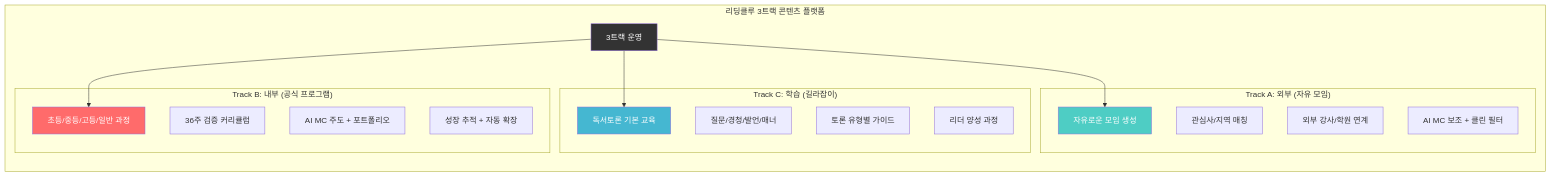
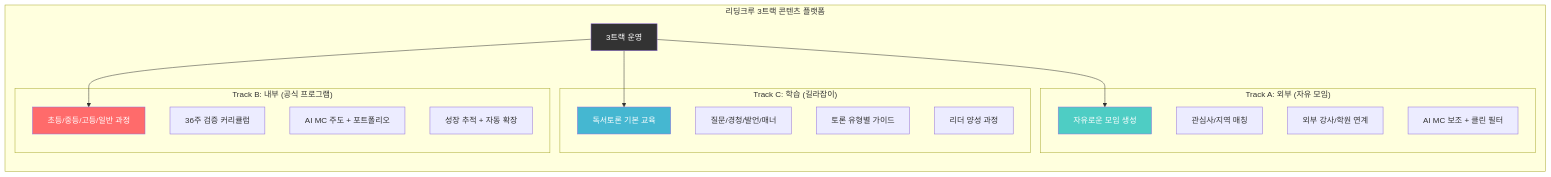
Diagram 35 of 36 in 아이디어/5단계-리딩클루_콘텐츠중심_설계.md (Collegenie-X/ReadingClueProject), drawn with Mermaid before and after one commit. The commit also changed other lines of this file and 9 other files, not shown here.

````diff
--- a/아이디어/5단계-리딩클루_콘텐츠중심_설계.md
+++ b/아이디어/5단계-리딩클루_콘텐츠중심_설계.md
@@ -1612,37 +1612,37 @@
 ```mermaid
 graph TD
-    subgraph "리딩클루 3트랙 콘텐츠 플랫폼"
+    subgraph "리딩크루 3트랙 콘텐츠 플랫폼"
         direction TB
         T["3트랙 운영"]
 
         subgraph "Track C: 학습 (길라잡이)"
             C1["독서토론 기본 교육"]
             C2["질문/경청/발언/매너"]
             C3["토론 유형별 가이드"]
             C4["리더 양성 과정"]
         end
 
         subgraph "Track A: 외부 (자유 모임)"
             A1["자유로운 모임 생성"]
             A2["관심사/지역 매칭"]
             A3["외부 강사/학원 연계"]
             A4["AI MC 보조 + 클린 필터"]
         end
 
         subgraph "Track B: 내부 (공식 프로그램)"
             B1["초등/중등/고등/일반 과정"]
             B2["36주 검증 커리큘럼"]
             B3["AI MC 주도 + 포트폴리오"]
             B4["성장 추적 + 자동 확장"]
         end
     end
 
     T --> C1
     T --> A1
     T --> B1
 
     style T fill:#333,color:#fff
     style C1 fill:#45B7D1,color:#fff
     style A1 fill:#4ECDC4,color:#fff
     style B1 fill:#FF6B6B,color:#fff
 ```
````
